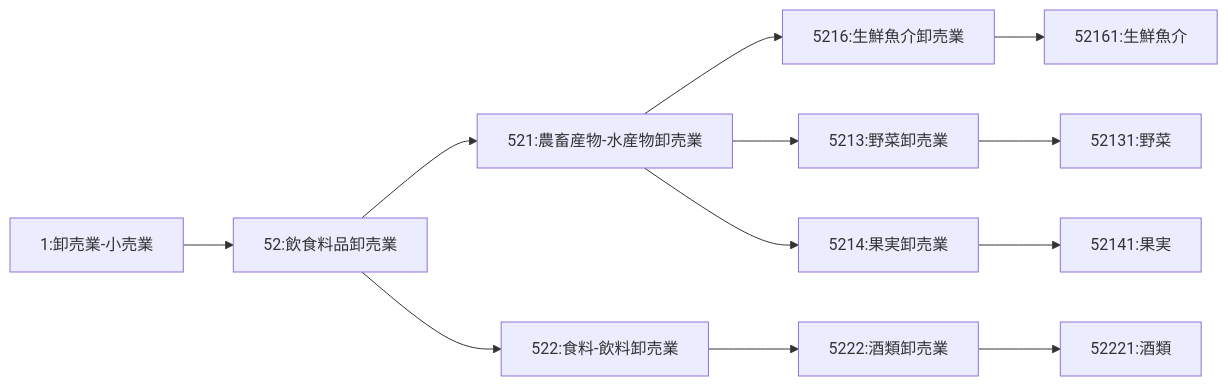
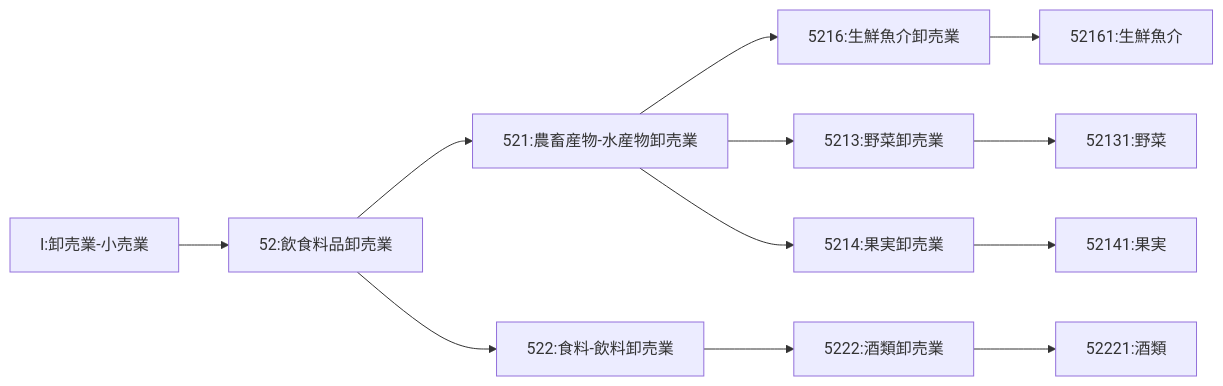
One commit to TeamTGGLOBAL/-project-CompanyProfile changed the diagram in README.md. Above: the diagram before and after it, drawn with Mermaid. The commit also changed other lines of this file, not shown here.

````diff
--- a/README.md
+++ b/README.md
@@ -17,15 +23,15 @@
 ```mermaid
 graph LR
-大[1:卸売業-小売業] --> 中[52:飲食料品卸売業]
+大[I:卸売業-小売業] --> 中[52:飲食料品卸売業]
     中 --> 小[521:農畜産物-水産物卸売業]
         小 --> 産[5216:生鮮魚介卸売業]
             産 --> 商[52161:生鮮魚介]
         小 --> 産2[5213:野菜卸売業]
             産2 --> 商2[52131:野菜]
         小 --> 産3[5214:果実卸売業]
             産3 --> 商3[52141:果実]
 
     中 --> 小2[522:食料-飲料卸売業]
         小2 --> 産4[5222:酒類卸売業]
             産4 --> 商4[52221:酒類]
 ```
````
